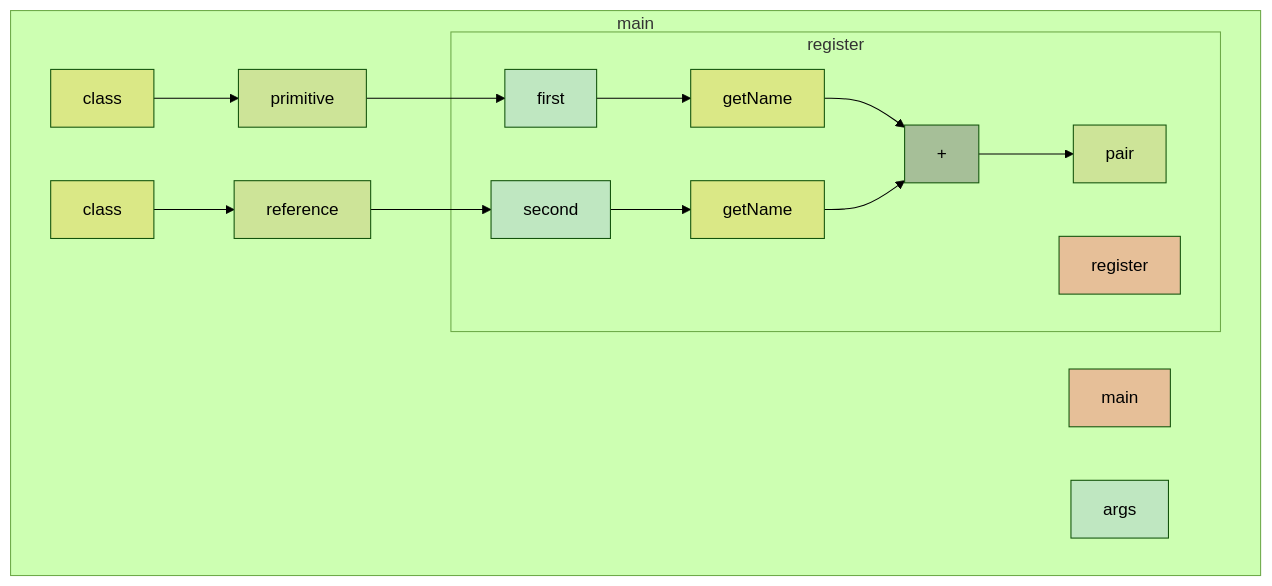
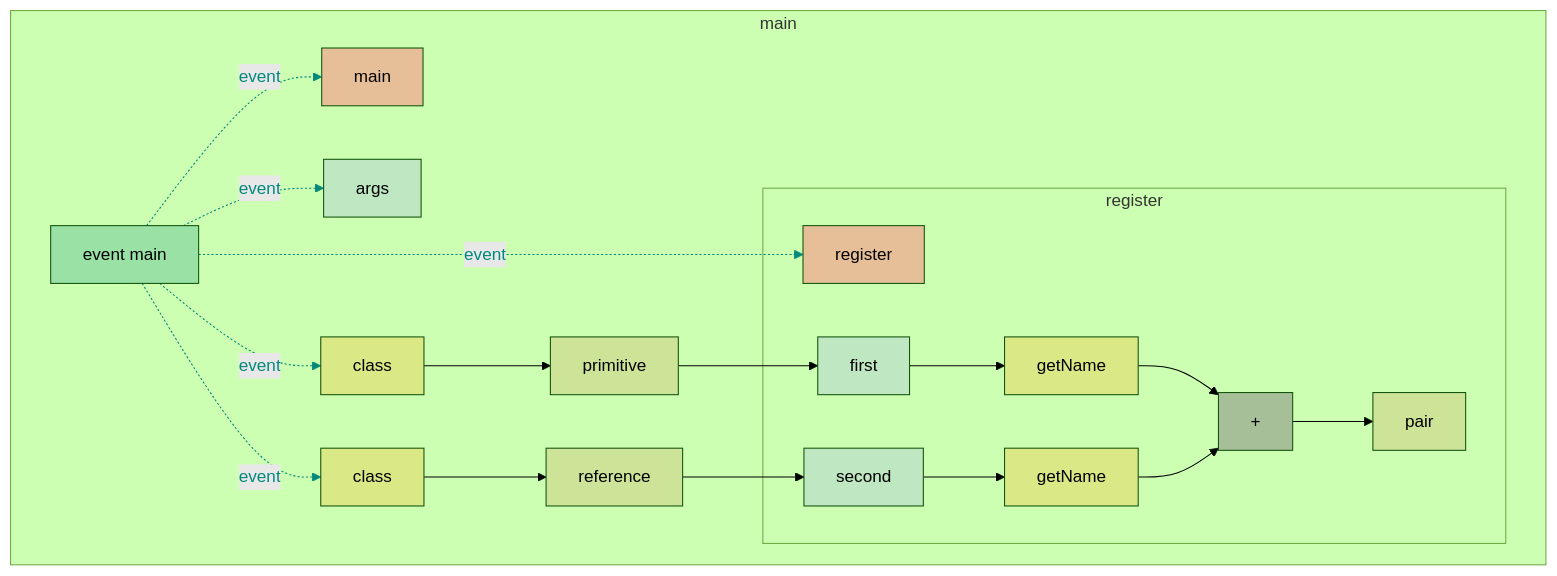
One commit to gstiebler/codeflow changed the diagram in app/src/test/resources/classLiteral/snapshot.md. Above: the diagram before and after it, drawn with Mermaid (forest theme). The commit also changed 77 other files, not shown here.

````diff
--- a/app/src/test/resources/classLiteral/snapshot.md
+++ b/app/src/test/resources/classLiteral/snapshot.md
@@ -1,36 +1,48 @@
 ```mermaid
 flowchart TD
   subgraph b0["main"]
-    n1[main]:::RETURN
-    n2[args]:::FUNC_PARAM
-    n3[class]:::EXTERNAL
-    n4[primitive]:::OBJ_VARIABLE
-    n5[class]:::EXTERNAL
-    n6[reference]:::OBJ_VARIABLE
-    n3[class]:::EXTERNAL --> n4[primitive]:::OBJ_VARIABLE
-    n4[primitive]:::OBJ_VARIABLE --> n9[first]:::FUNC_PARAM
-    n5[class]:::EXTERNAL --> n6[reference]:::OBJ_VARIABLE
-    n6[reference]:::OBJ_VARIABLE --> n10[second]:::FUNC_PARAM
-    subgraph b7["register"]
-      n8[register]:::RETURN
-      n9[first]:::FUNC_PARAM
-      n10[second]:::FUNC_PARAM
-      n11[getName]:::EXTERNAL
+    n1[event main]:::EVENT
+    n2[main]:::RETURN
+    n3[args]:::FUNC_PARAM
+    n4[class]:::EXTERNAL
+    n5[primitive]:::OBJ_VARIABLE
+    n6[class]:::EXTERNAL
+    n7[reference]:::OBJ_VARIABLE
+    n1[event main]:::EVENT -. event .-> n2[main]:::RETURN
+    n1[event main]:::EVENT -. event .-> n3[args]:::FUNC_PARAM
+    n1[event main]:::EVENT -. event .-> n4[class]:::EXTERNAL
+    n1[event main]:::EVENT -. event .-> n6[class]:::EXTERNAL
+    n1[event main]:::EVENT -. event .-> n9[register]:::RETURN
+    n4[class]:::EXTERNAL --> n5[primitive]:::OBJ_VARIABLE
+    n5[primitive]:::OBJ_VARIABLE --> n10[first]:::FUNC_PARAM
+    n6[class]:::EXTERNAL --> n7[reference]:::OBJ_VARIABLE
+    n7[reference]:::OBJ_VARIABLE --> n11[second]:::FUNC_PARAM
+    subgraph b8["register"]
+      n9[register]:::RETURN
+      n10[first]:::FUNC_PARAM
+      n11[second]:::FUNC_PARAM
       n12[getName]:::EXTERNAL
-      n13[+]:::BIN_OP
-      n14[pair]:::OBJ_VARIABLE
-      n9[first]:::FUNC_PARAM --> n11[getName]:::EXTERNAL
-      n10[second]:::FUNC_PARAM --> n12[getName]:::EXTERNAL
-      n11[getName]:::EXTERNAL --> n13[+]:::BIN_OP
-      n12[getName]:::EXTERNAL --> n13[+]:::BIN_OP
-      n13[+]:::BIN_OP --> n14[pair]:::OBJ_VARIABLE
+      n13[getName]:::EXTERNAL
+      n14[+]:::BIN_OP
+      n15[pair]:::OBJ_VARIABLE
+      n10[first]:::FUNC_PARAM --> n12[getName]:::EXTERNAL
+      n11[second]:::FUNC_PARAM --> n13[getName]:::EXTERNAL
+      n12[getName]:::EXTERNAL --> n14[+]:::BIN_OP
+      n13[getName]:::EXTERNAL --> n14[+]:::BIN_OP
+      n14[+]:::BIN_OP --> n15[pair]:::OBJ_VARIABLE
     end
   end
+  linkStyle 0 stroke:#00897b,color:#00897b
+  linkStyle 1 stroke:#00897b,color:#00897b
+  linkStyle 2 stroke:#00897b,color:#00897b
+  linkStyle 3 stroke:#00897b,color:#00897b
+  linkStyle 4 stroke:#00897b,color:#00897b
   classDef LITERAL fill:#00FF0030
   classDef VARIABLE fill:#80808030
   classDef BIN_OP fill:#80808080
   classDef FUNC_PARAM fill:#8080FF30
   classDef RETURN fill:#FF808080
   classDef EXTERNAL fill:#FFA50040
   classDef UNMODELLED fill:#FF000030,stroke-dasharray: 4 2
+  classDef EVENT fill:#00897B40
 ```
````
